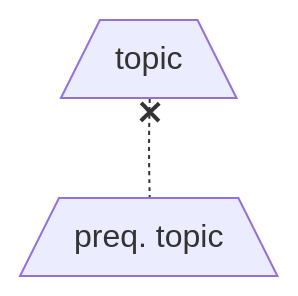
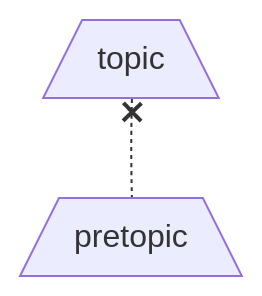
Before and after one commit to openproficiency/model: the third of 12 diagrams in docs/design.md, drawn with Mermaid. The commit also changed other lines of this file, not shown here.

````diff
--- a/docs/design.md
+++ b/docs/design.md
@@ -30,6 +30,6 @@
 ```mermaid
 flowchart BT
   topic[/"topic"\]
 
-  pretopic[/"preq. topic"\] -.-x topic
+  pretopic[/"pretopic"\] -.-x topic
 ```
````
